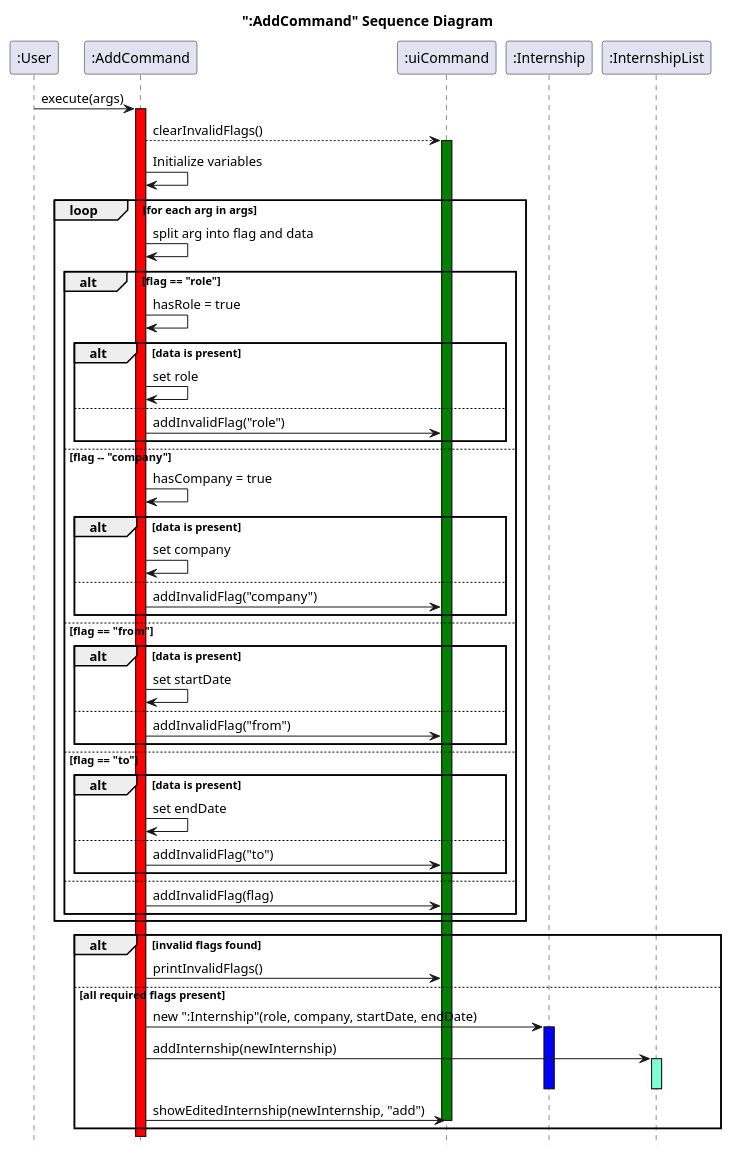
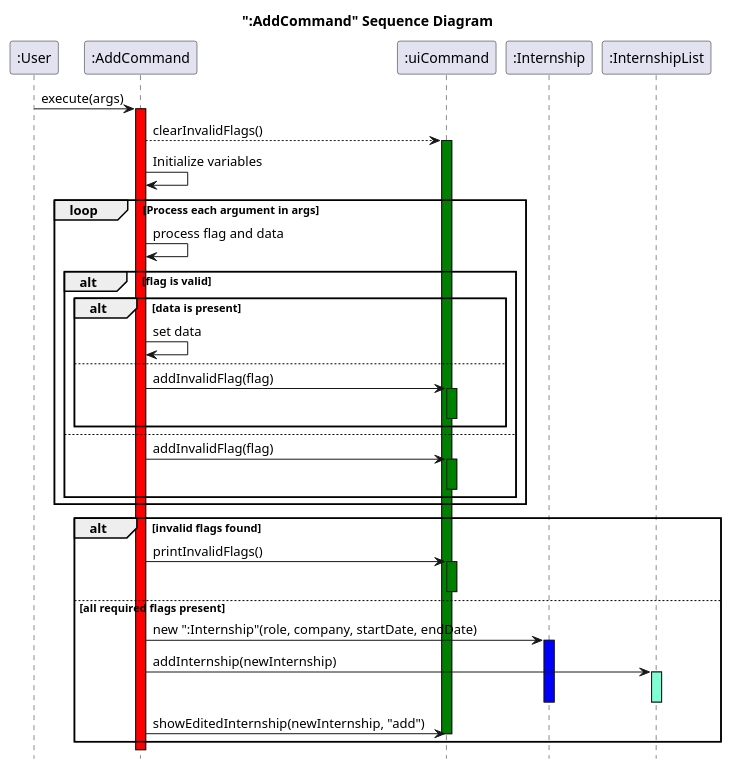
The diagram in docs/UML/AddCommand.puml (nus-cs2113-AY2425S1/tp), drawn with PlantUML before and after one commit. The commit also changed 2 other files, not shown here.

```diff
--- a/docs/UML/AddCommand.puml
+++ b/docs/UML/AddCommand.puml
@@ -1,64 +1,50 @@
 @startuml
 title ":AddCommand" Sequence Diagram
 hide footbox
 
 participant ":User"
 participant ":AddCommand"
 participant ":uiCommand"
 participant ":Internship"
 participant ":InternshipList"
 
 
 ":User"->":AddCommand":execute(args)
 activate ":AddCommand" #red
 ":AddCommand"-->":uiCommand":clearInvalidFlags()
 activate ":uiCommand" #green
 ":AddCommand"->":AddCommand" : Initialize variables
 
-loop for each arg in args
-  ":AddCommand" -> ":AddCommand" : split arg into flag and data
-  alt flag == "role"
-    ":AddCommand" -> ":AddCommand": hasRole = true
+loop Process each argument in args
+  ":AddCommand" -> ":AddCommand" : process flag and data
+  alt flag is valid
     alt data is present
-      ":AddCommand"-> ":AddCommand": set role
+      ":AddCommand" -> ":AddCommand" : set data
     else
-      ":AddCommand" -> ":uiCommand": addInvalidFlag("role")
+      ":AddCommand" -> ":uiCommand" : addInvalidFlag(flag)
+      activate ":uiCommand" #green
+      deactivate ":uiCommand"
     end
-  else flag -- "company"
-    ":AddCommand" -> ":AddCommand": hasCompany = true
-    alt data is present
-      ":AddCommand"->":AddCommand": set company
-    else
-      ":AddCommand"->":uiCommand": addInvalidFlag("company")
-    end
-  else flag == "from"
-        alt data is present
-            ":AddCommand" -> ":AddCommand": set startDate
-        else
-            ":AddCommand" -> ":uiCommand": addInvalidFlag("from")
-        end
-    else flag == "to"
-        alt data is present
-            ":AddCommand" -> ":AddCommand": set endDate
-        else
-            ":AddCommand" -> ":uiCommand": addInvalidFlag("to")
-        end
-    else
-        ":AddCommand" -> ":uiCommand": addInvalidFlag(flag)
-    end
+  else
+    ":AddCommand" -> ":uiCommand" : addInvalidFlag(flag)
+    activate ":uiCommand" #green
+    deactivate ":uiCommand"
+  end
 end
 
 alt invalid flags found
   ":AddCommand"->":uiCommand": printInvalidFlags()
+  activate ":uiCommand" #green
+  deactivate ":uiCommand"
 else all required flags present
   ":AddCommand" -> ":Internship": new ":Internship"(role, company, startDate, endDate)
   activate ":Internship" #blue
   ":AddCommand"-> ":InternshipList": addInternship(newInternship)
   activate ":InternshipList" #aquamarine
   deactivate ":Internship"
   deactivate ":InternshipList"
   ":AddCommand" -> ":uiCommand": showEditedInternship(newInternship, "add")
   deactivate ":uiCommand"
 end
 
 @enduml
```
